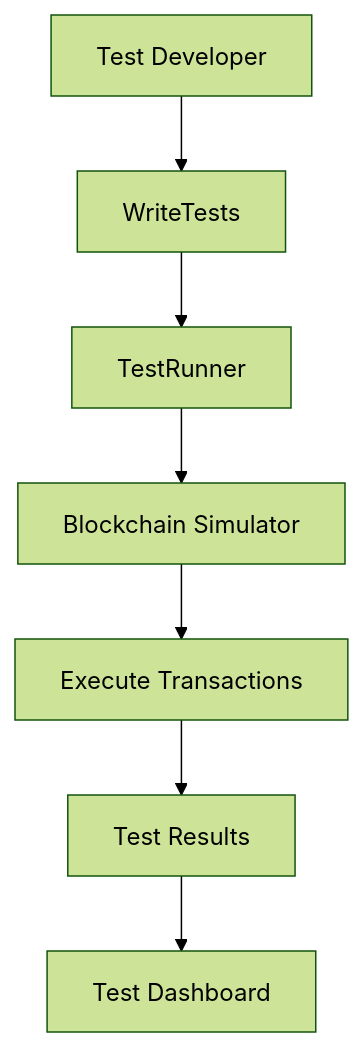
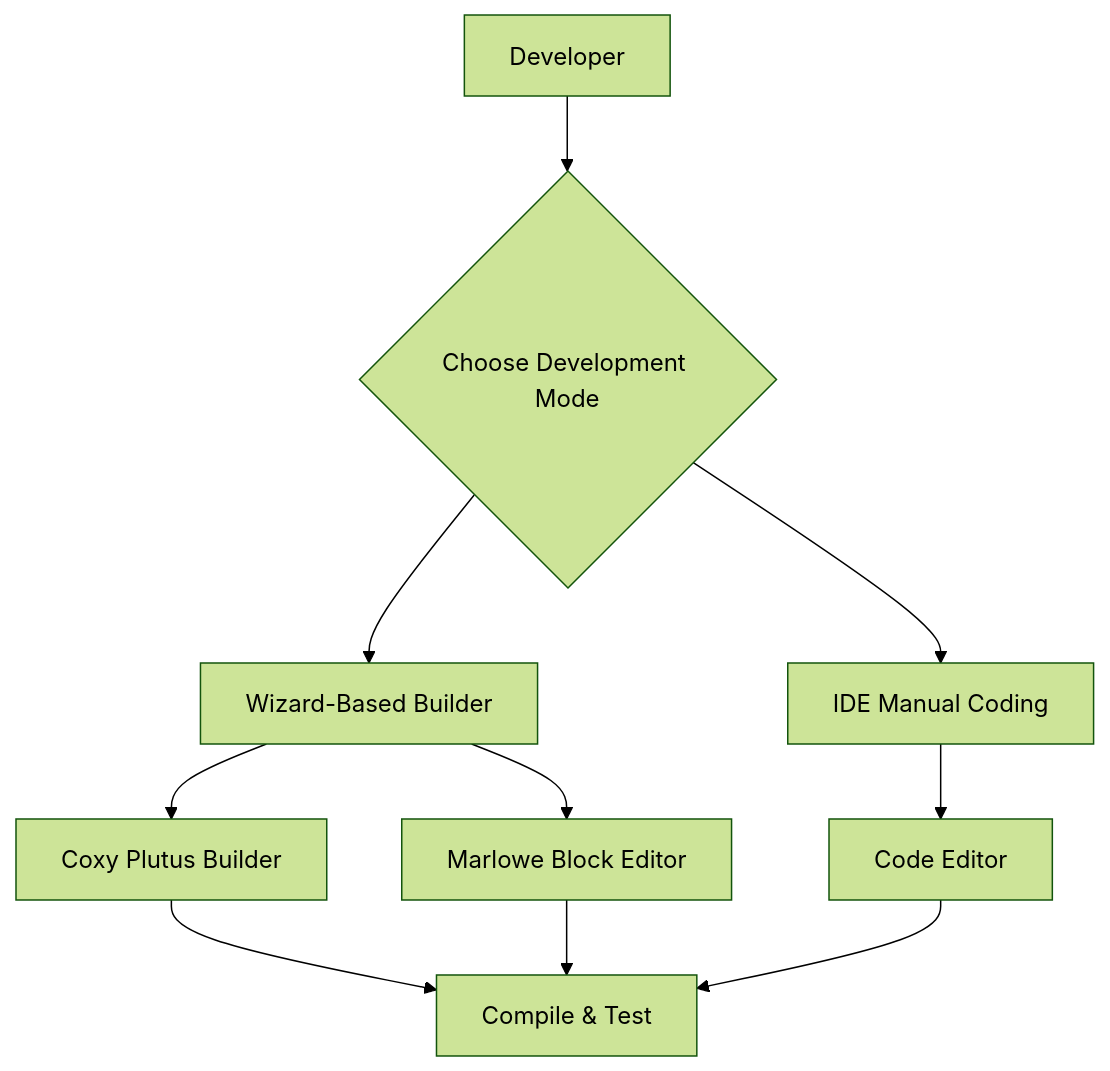
One commit to Daniella-Kamana/plutus-playground changed the eighth of 10 diagrams in Requirements/Architecture diagram.md. Above: the diagram before and after it, drawn with Mermaid (forest theme). The commit also changed other lines of this file, not shown here.

First line of the commit message:
Revise architecture and workflow diagrams

````diff
--- a/Requirements/Architecture diagram.md
+++ b/Requirements/Architecture diagram.md
@@ -168,17 +299,33 @@
 ```mermaid
 flowchart TD
 
-Developer[Test Developer]
+Developer[Developer]
 
-Developer --> WriteTests
+Mode{Choose Development Mode}
 
-WriteTests --> TestRunner
+Wizard[Wizard-Based Builder]
 
-TestRunner --> Simulator[Blockchain Simulator]
+IDE[IDE Manual Coding]
 
-Simulator --> ExecuteTx[Execute Transactions]
+Builder[Coxy Plutus Builder]
 
-ExecuteTx --> Results[Test Results]
+Marlowe[Marlowe Block Editor]
 
-Results --> IDEPanel[Test Dashboard]
+Editor[Code Editor]
+
+Compile[Compile & Test]
+
+Developer --> Mode
+
+Mode --> Wizard
+Mode --> IDE
+
+Wizard --> Builder
+Wizard --> Marlowe
+
+IDE --> Editor
+
+Builder --> Compile
+Marlowe --> Compile
+Editor --> Compile
 ```
````
